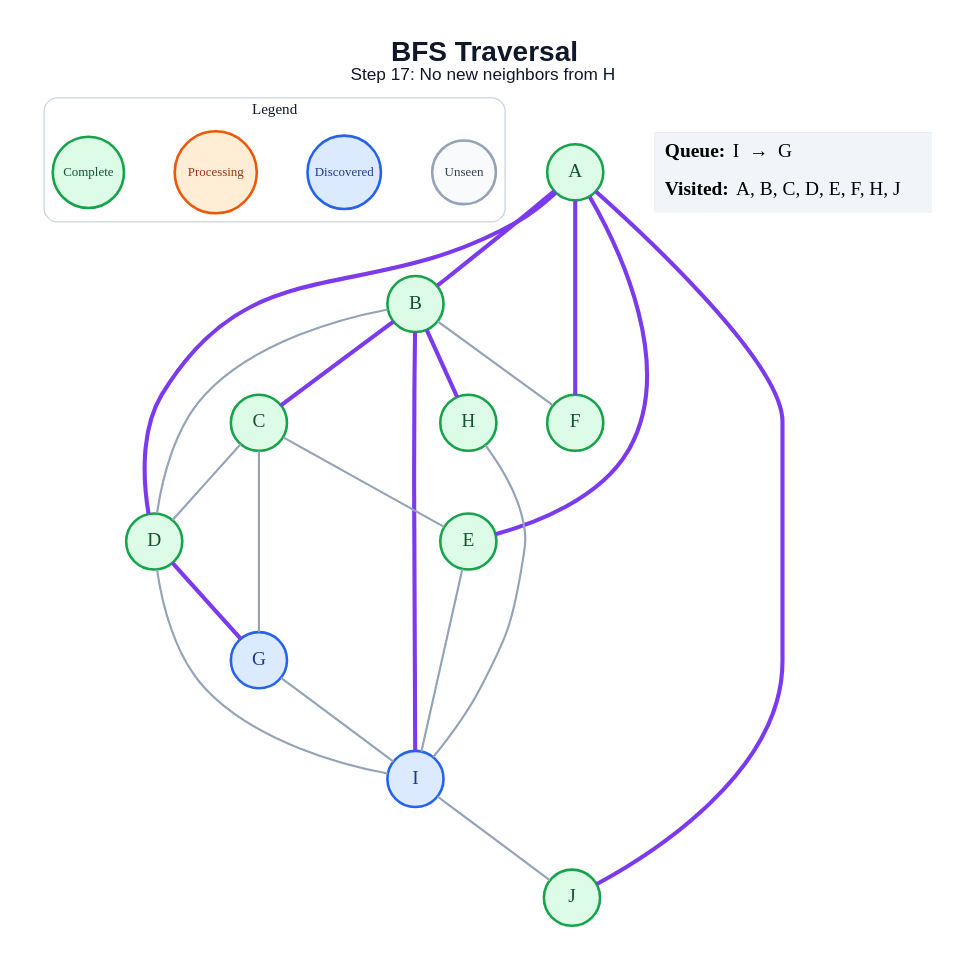
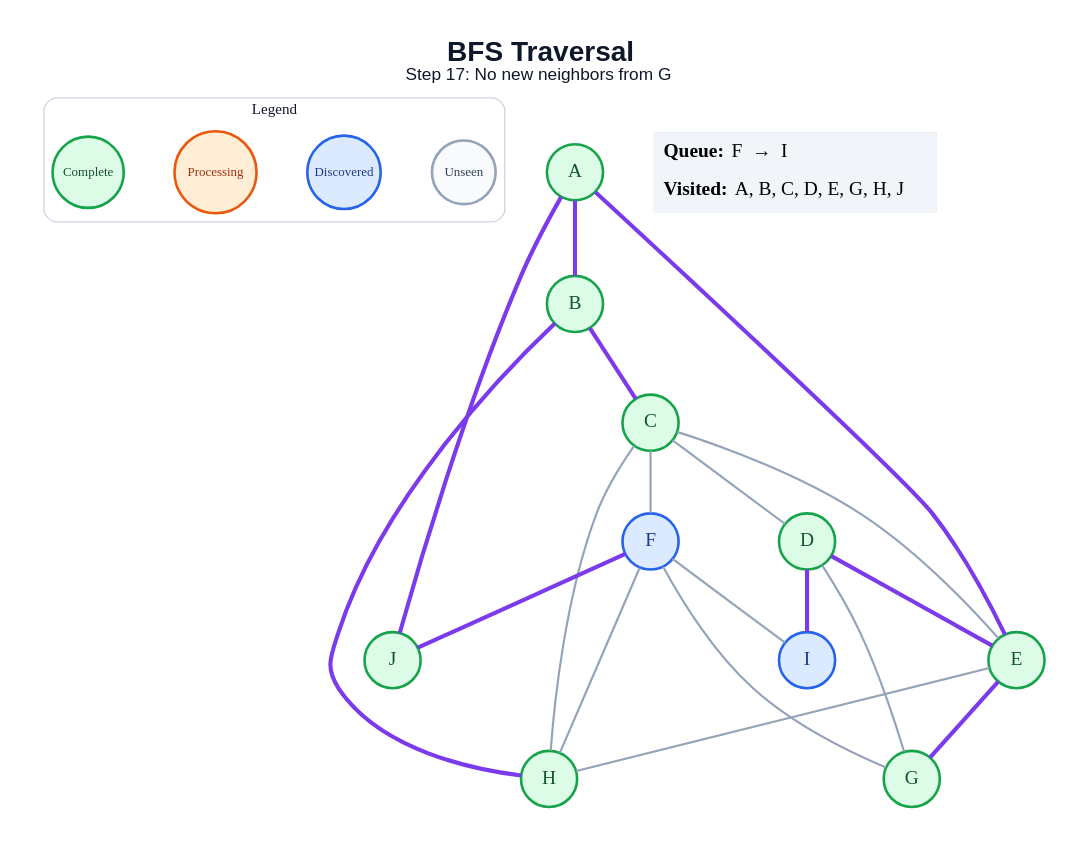
Before and after one commit to amanghodawala9/ai-slop: the diagram in generated/bfs/step_17.dot, drawn with Graphviz. The commit also changed 178 other files, not shown here.

```diff
--- a/generated/bfs/step_17.dot
+++ b/generated/bfs/step_17.dot
@@ -1,48 +1,47 @@
 graph traversal {
   graph [layout=dot, rankdir=TB, bgcolor="#FFFFFF", pad="0.35", nodesep="0.65", ranksep="0.8", fontname="Arial"];
   node [shape=circle, style="filled", fontname="Arial Bold", fontsize=18, width=0.72, fixedsize=true, penwidth=2.4];
   edge [color="#94A3B8", penwidth=2.0];
-  label=<<B>BFS Traversal</B><BR/><FONT POINT-SIZE="16">Step 17: No new neighbors from H</FONT>>; labelloc="t"; fontsize=26; fontname="Arial"; fontcolor="#0F172A";
+  label=<<B>BFS Traversal</B><BR/><FONT POINT-SIZE="16">Step 17: No new neighbors from G</FONT>>; labelloc="t"; fontsize=26; fontname="Arial"; fontcolor="#0F172A";
   subgraph cluster_legend { label="Legend"; color="#CBD5E1"; penwidth=1.2; style="rounded"; fontsize=14; fontname="Arial Bold";
     key_unseen [label="Unseen", fillcolor="#F8FAFC", color="#94A3B8", fontcolor="#334155", fontsize=12, width=0.82];
     key_frontier [label="Discovered", fillcolor="#DBEAFE", color="#2563EB", fontcolor="#1E3A8A", fontsize=12, width=0.95];
     key_current [label="Processing", fillcolor="#FFEDD5", color="#EA580C", fontcolor="#9A3412", fontsize=12, width=1.05];
     key_done [label="Complete", fillcolor="#DCFCE7", color="#16A34A", fontcolor="#14532D", fontsize=12, width=0.92];
     { rank=same; key_unseen; key_frontier; key_current; key_done; }
   }
   A [fillcolor="#DCFCE7", color="#16A34A", fontcolor="#14532D"];
   B [fillcolor="#DCFCE7", color="#16A34A", fontcolor="#14532D"];
   C [fillcolor="#DCFCE7", color="#16A34A", fontcolor="#14532D"];
   D [fillcolor="#DCFCE7", color="#16A34A", fontcolor="#14532D"];
   E [fillcolor="#DCFCE7", color="#16A34A", fontcolor="#14532D"];
-  F [fillcolor="#DCFCE7", color="#16A34A", fontcolor="#14532D"];
-  G [fillcolor="#DBEAFE", color="#2563EB", fontcolor="#1E3A8A"];
+  F [fillcolor="#DBEAFE", color="#2563EB", fontcolor="#1E3A8A"];
+  G [fillcolor="#DCFCE7", color="#16A34A", fontcolor="#14532D"];
   H [fillcolor="#DCFCE7", color="#16A34A", fontcolor="#14532D"];
   I [fillcolor="#DBEAFE", color="#2563EB", fontcolor="#1E3A8A"];
   J [fillcolor="#DCFCE7", color="#16A34A", fontcolor="#14532D"];
   A -- B [color="#7C3AED", penwidth=3.8];
-  A -- D [color="#7C3AED", penwidth=3.8];
   A -- E [color="#7C3AED", penwidth=3.8];
-  A -- F [color="#7C3AED", penwidth=3.8];
   A -- J [color="#7C3AED", penwidth=3.8];
   B -- C [color="#7C3AED", penwidth=3.8];
-  B -- D;
-  B -- F;
   B -- H [color="#7C3AED", penwidth=3.8];
-  B -- I [color="#7C3AED", penwidth=3.8];
   C -- D;
   C -- E;
-  C -- G;
-  D -- G [color="#7C3AED", penwidth=3.8];
-  D -- I;
-  E -- I;
-  G -- I;
-  H -- I;
-  I -- J;
+  C -- F;
+  C -- H;
+  D -- E [color="#7C3AED", penwidth=3.8];
+  D -- G;
+  D -- I [color="#7C3AED", penwidth=3.8];
+  E -- G [color="#7C3AED", penwidth=3.8];
+  E -- H;
+  F -- G;
+  F -- H;
+  F -- I;
+  F -- J [color="#7C3AED", penwidth=3.8];
   status [shape=plain, fixedsize=false, width=0, height=0, margin=0, label=<
     <TABLE BORDER="0" CELLBORDER="0" CELLPADDING="7" BGCOLOR="#F1F5F9">
-      <TR><TD ALIGN="LEFT"><B>Queue:</B> I  →  G</TD></TR>
-      <TR><TD ALIGN="LEFT"><B>Visited:</B> A, B, C, D, E, F, H, J</TD></TR>
+      <TR><TD ALIGN="LEFT"><B>Queue:</B> F  →  I</TD></TR>
+      <TR><TD ALIGN="LEFT"><B>Visited:</B> A, B, C, D, E, G, H, J</TD></TR>
     </TABLE>
   >];
 }
```
